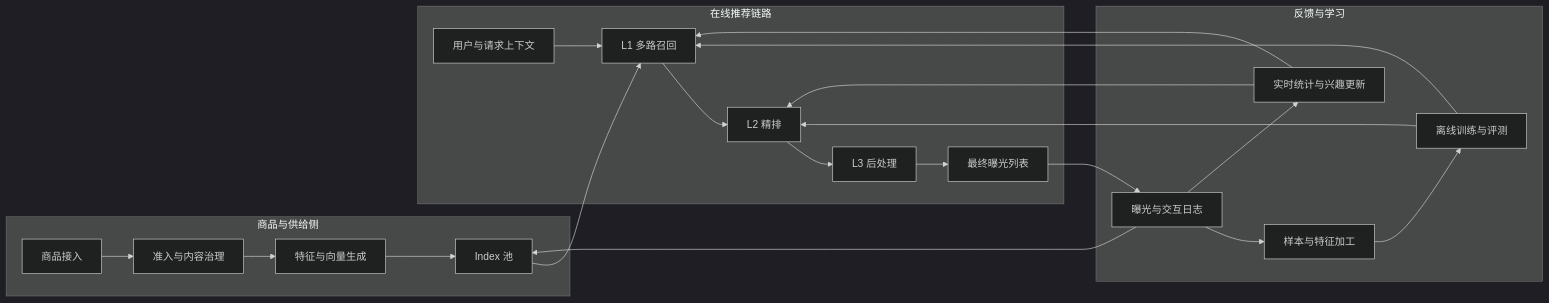
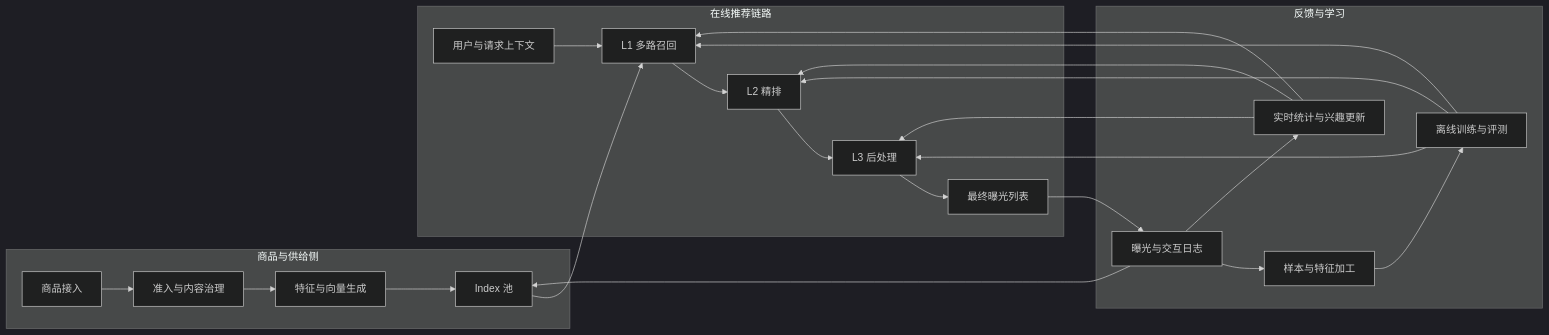
The first of 2 diagrams in 推荐系统整体架构/推荐系统整体架构综述.md (CodenameCYS/RecSys-Handbook), drawn with Mermaid (dark theme) before and after one commit. The commit also changed other lines of this file and 1 other file, not shown here.

````diff
--- a/推荐系统整体架构/推荐系统整体架构综述.md
+++ b/推荐系统整体架构/推荐系统整体架构综述.md
@@ -9,28 +9,30 @@
 ```mermaid
 flowchart LR
     subgraph Supply[商品与供给侧]
         A[商品接入] --> B[准入与内容治理]
         B --> C[特征与向量生成]
         C --> D[Index 池]
     end
 
     subgraph Online[在线推荐链路]
         U[用户与请求上下文] --> R[L1 多路召回]
         D --> R
         R --> K[L2 精排]
         K --> P[L3 后处理]
         P --> O[最终曝光列表]
     end
 
     subgraph Feedback[反馈与学习]
         O --> E[曝光与交互日志]
         E --> S[样本与特征加工]
         S --> T[离线训练与评测]
         T --> R
         T --> K
         E --> RT[实时统计与兴趣更新]
         RT --> R
         RT --> K
+        RT --> P
         E --> D
+        T --> P
     end
 ```
````
